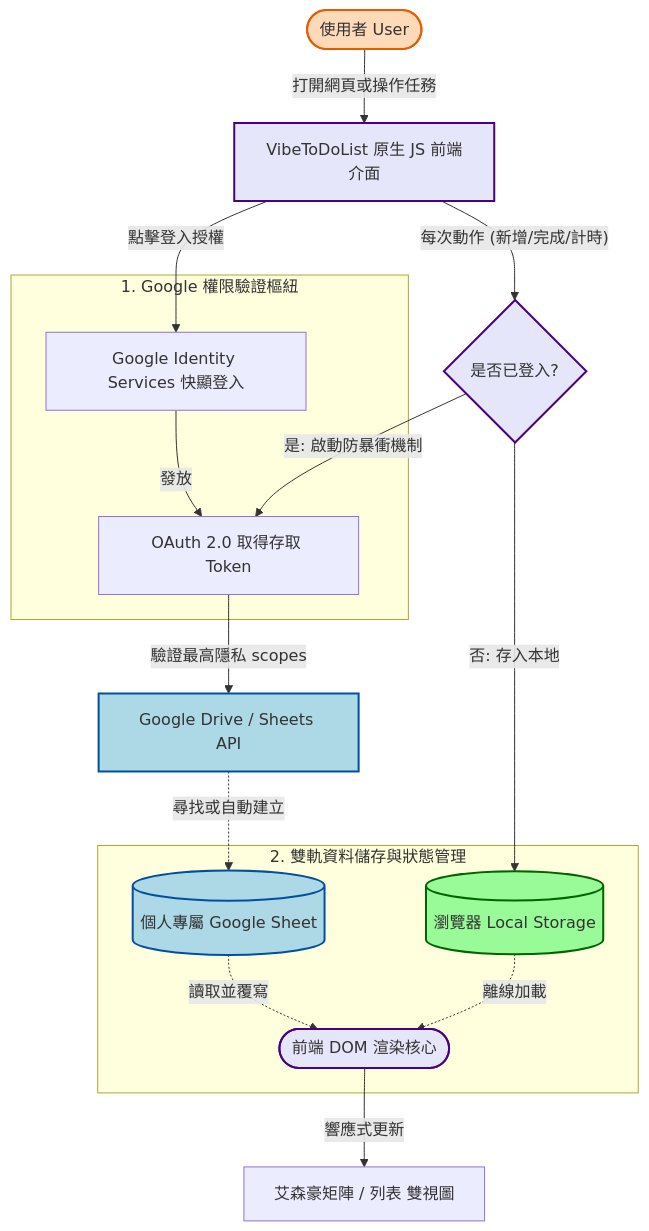
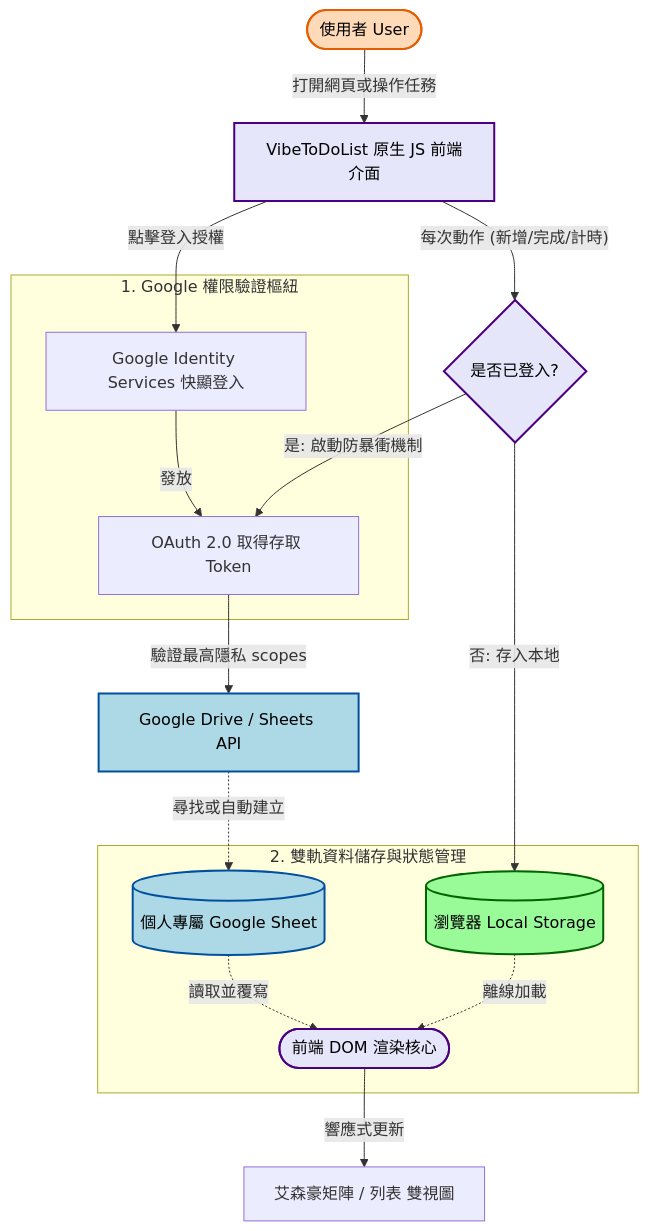
Before and after one commit to ChenKuanHua/2026VibeToDoList: the diagram in README.md, drawn with Mermaid.

Commit message:
docs: add text contrast colors to Mermaid diagram classDefs

````diff
--- a/README.md
+++ b/README.md
@@ -28,37 +28,37 @@
 ```mermaid
 graph TD
-    classDef user fill:#FFDAB9,stroke:#e65c00,stroke-width:2px;
-    classDef cloud fill:#ADD8E6,stroke:#00509e,stroke-width:2px;
-    classDef local fill:#98FB98,stroke:#006400,stroke-width:2px;
-    classDef logic fill:#E6E6FA,stroke:#4b0082,stroke-width:2px;
+    classDef user fill:#FFDAB9,stroke:#e65c00,stroke-width:2px,color:#000;
+    classDef cloud fill:#ADD8E6,stroke:#00509e,stroke-width:2px,color:#000;
+    classDef local fill:#98FB98,stroke:#006400,stroke-width:2px,color:#000;
+    classDef logic fill:#E6E6FA,stroke:#4b0082,stroke-width:2px,color:#000;
 
     User(["使用者 User"]):::user -->|打開網頁或操作任務| UI["VibeToDoList 原生 JS 前端介面"]:::logic
     
     subgraph Authentication [1. Google 權限驗證樞紐]
         GIS["Google Identity Services 快顯登入"]
         OAuth["OAuth 2.0 取得存取 Token"]
     end
 
     subgraph DataStorage [2. 雙軌資料儲存與狀態管理]
         LocalStorage[("瀏覽器 Local Storage")]:::local
         RAM(["前端 DOM 渲染核心"]):::logic
         GoogleSheet[("個人專屬 Google Sheet")]:::cloud
     end
 
     UI -->|點擊登入授權| GIS
     GIS -->|發放| OAuth
     
     UI -->|"每次動作 (新增/完成/計時)"| StateCheck{"是否已登入?"}:::logic
     
     StateCheck -->|否: 存入本地| LocalStorage
     StateCheck -->|是: 啟動防暴衝機制| OAuth
 
     OAuth -->|驗證最高隱私 scopes| SheetAPI["Google Drive / Sheets API"]:::cloud
     
     SheetAPI -.->|尋找或自動建立| GoogleSheet
     
     GoogleSheet -.->|讀取並覆寫| RAM
     LocalStorage -.->|離線加載| RAM
     
     RAM -->|響應式更新| View["艾森豪矩陣 / 列表 雙視圖"]
 ```
````
